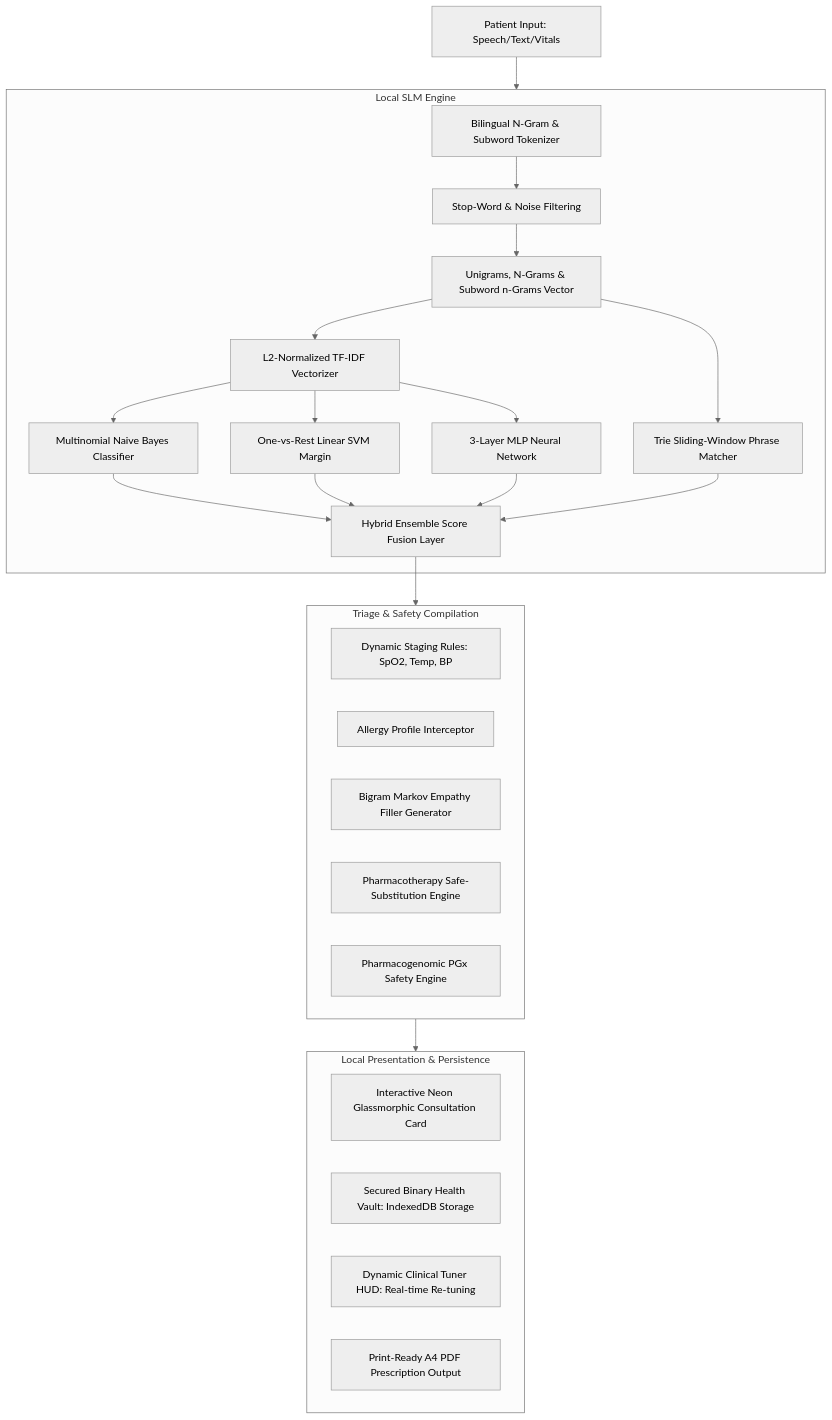
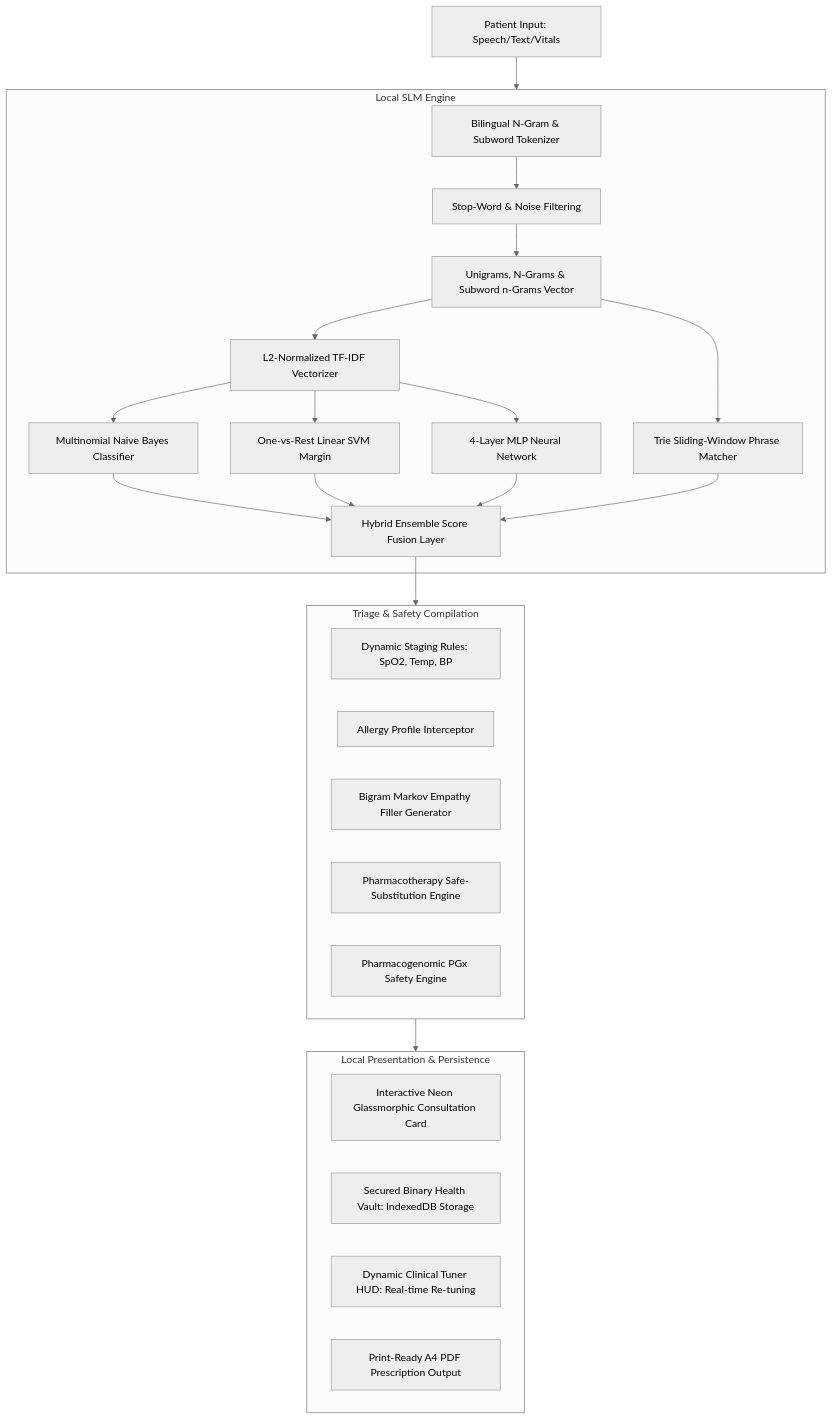
Before and after one commit to ramanuja-01/Raman-AI: the first of 4 diagrams in README.md, drawn with Mermaid (neutral theme). The commit also changed other lines of this file, not shown here.

Commit message:
docs: document advanced clinical roadmap features in README.md

````diff
--- a/README.md
+++ b/README.md
@@ -26,37 +26,37 @@
 ```mermaid
 flowchart TD
     A[Patient Input: Speech/Text/Vitals] --> B[NLP Inference Pipeline]
     
     subgraph B [Local SLM Engine]
         B1[Bilingual N-Gram & Subword Tokenizer] --> B2[Stop-Word & Noise Filtering]
         B2 --> B3[Unigrams, N-Grams & Subword n-Grams Vector]
         B3 --> B4[L2-Normalized TF-IDF Vectorizer]
         
         %% Parallel Inference Paths
         B4 --> B5a[Multinomial Naive Bayes Classifier]
         B4 --> B5b[One-vs-Rest Linear SVM Margin]
-        B4 --> B5c[3-Layer MLP Neural Network]
+        B4 --> B5c[4-Layer MLP Neural Network]
         B3 --> B5d[Trie Sliding-Window Phrase Matcher]
         
         B5a & B5b & B5c & B5d --> B6[Hybrid Ensemble Score Fusion Layer]
     end
     
     B6 --> C[Clinical Synthesis Engine]
     
     subgraph C [Triage & Safety Compilation]
         C1[Dynamic Staging Rules: SpO2, Temp, BP]
         C2[Allergy Profile Interceptor]
         C3[Bigram Markov Empathy Filler Generator]
         C4[Pharmacotherapy Safe-Substitution Engine]
         C5[Pharmacogenomic PGx Safety Engine]
     end
     
     C --> D[System Output Layers]
     
     subgraph D [Local Presentation & Persistence]
         D1[Interactive Neon Glassmorphic Consultation Card]
         D2[Secured Binary Health Vault: IndexedDB Storage]
         D3[Dynamic Clinical Tuner HUD: Real-time Re-tuning]
         D4[Print-Ready A4 PDF Prescription Output]
     end
 ```
````
